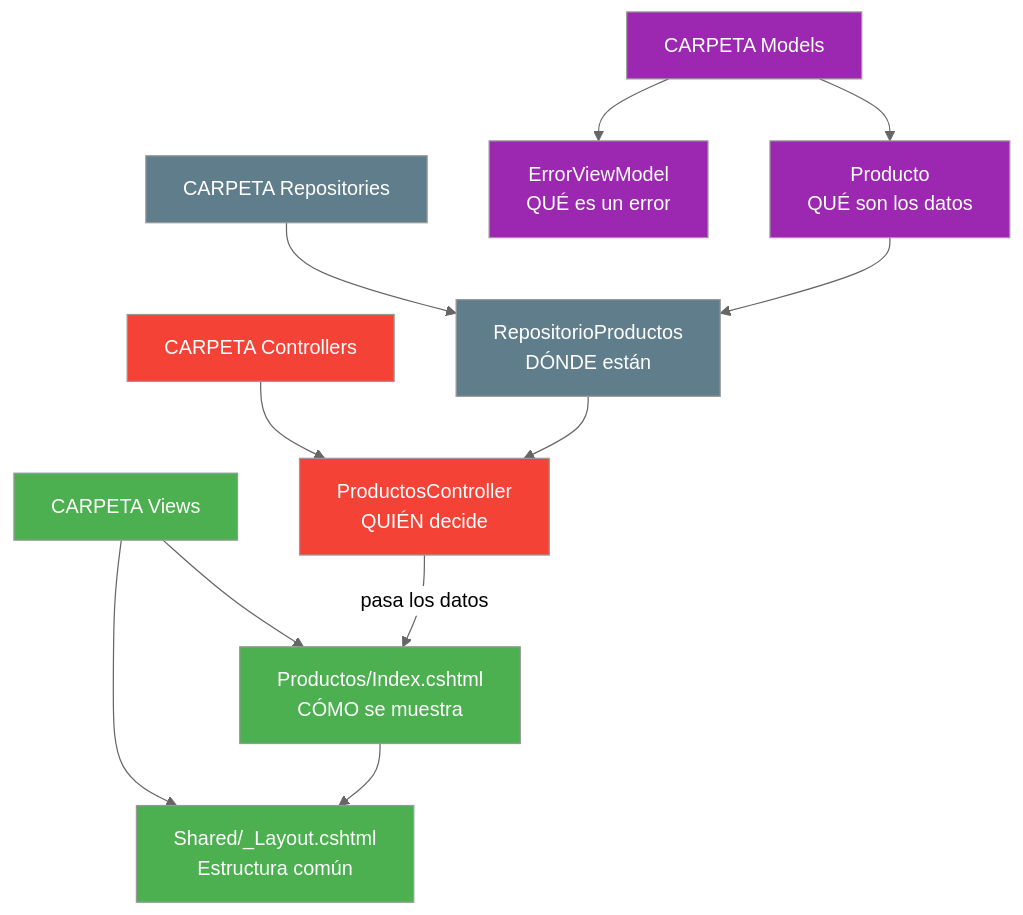
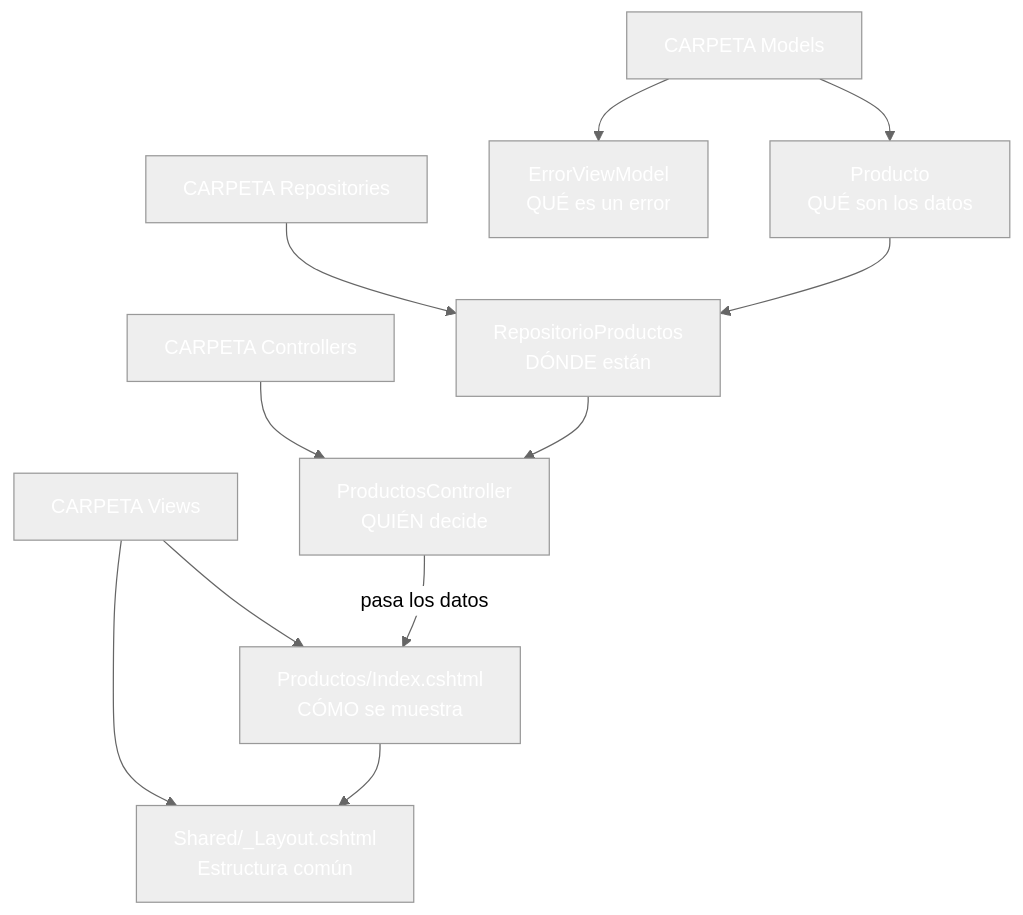
One commit to joseluisgs/DesarrolloWebEntornosServidor-03-2026-2027 changed the fourth of 5 diagrams in 07-mvc-arquitectura.md. Above: the diagram before and after it, drawn with Mermaid (neutral theme). The commit also changed other lines of this file and 30 other files, not shown here.

````diff
--- a/07-mvc-arquitectura.md
+++ b/07-mvc-arquitectura.md
@@ -366,28 +366,28 @@
 ```mermaid
 graph TD
     A["CARPETA Models"] --> A1["Producto<br/>QUÉ son los datos"]
     A --> A2["ErrorViewModel<br/>QUÉ es un error"]
 
     B["CARPETA Repositories"] --> B1["RepositorioProductos<br/>DÓNDE están"]
 
     C["CARPETA Controllers"] --> C1["ProductosController<br/>QUIÉN decide"]
 
     D["CARPETA Views"] --> D1["Productos/Index.cshtml<br/>CÓMO se muestra"]
     D --> D2["Shared/_Layout.cshtml<br/>Estructura común"]
 
     A1 --> B1
     B1 --> C1
     C1 -->|"pasa los datos"| D1
     D1 --> D2
 
-    style A fill:#9C27B0,color:#fff
-    style A1 fill:#9C27B0,color:#fff
-    style A2 fill:#9C27B0,color:#fff
-    style B fill:#607D8B,color:#fff
-    style B1 fill:#607D8B,color:#fff
-    style C fill:#f44336,color:#fff
-    style C1 fill:#f44336,color:#fff
-    style D fill:#4CAF50,color:#fff
-    style D1 fill:#4CAF50,color:#fff
-    style D2 fill:#4CAF50,color:#fff
+    style A fill:#9C27B,color:#fff0,color:#fff
+    style A1 fill:#9C27B,color:#fff0,color:#fff
+    style A2 fill:#9C27B,color:#fff0,color:#fff
+    style B fill:#607D8,color:#fffB,color:#fff
+    style B1 fill:#607D8,color:#fffB,color:#fff
+    style C fill:#f4433,color:#fff6,color:#fff
+    style C1 fill:#f4433,color:#fff6,color:#fff
+    style D fill:#4CAF5,color:#fff0,color:#fff
+    style D1 fill:#4CAF5,color:#fff0,color:#fff
+    style D2 fill:#4CAF5,color:#fff0,color:#fff
 ```
````
